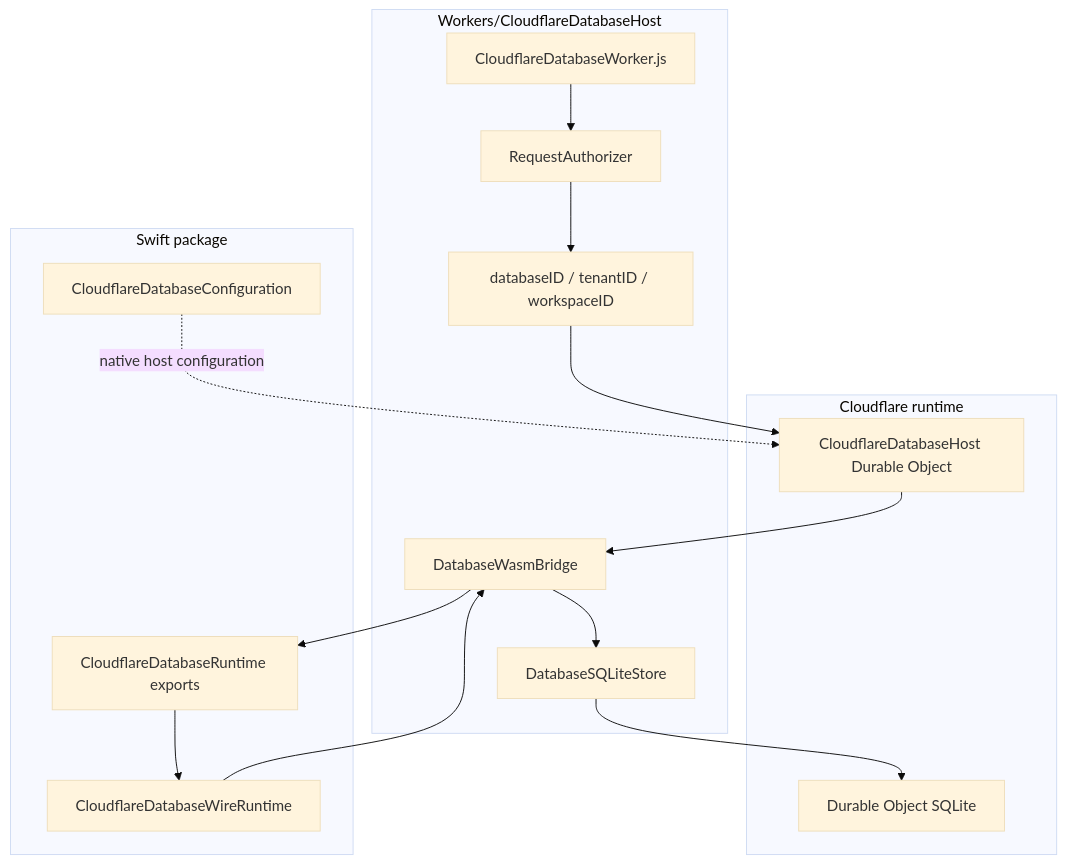
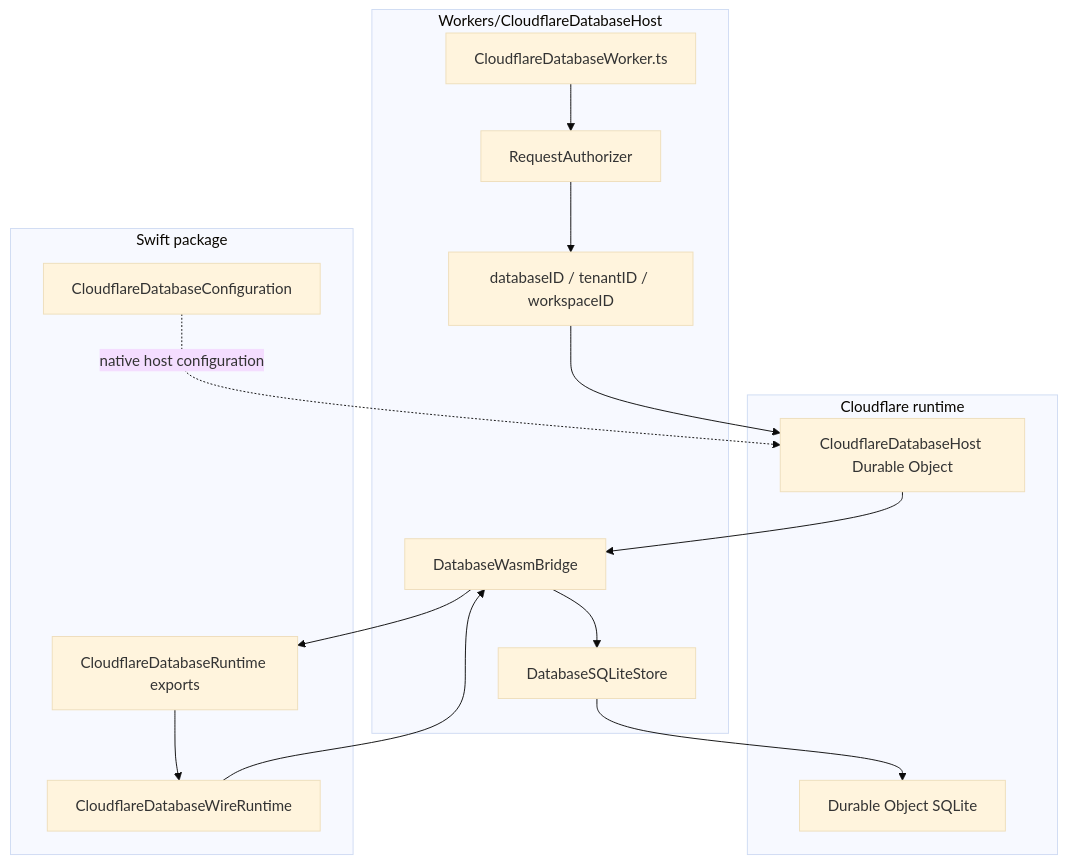
Before and after one commit to 1amageek/database-framework-cloudflare: the second of 4 diagrams in README.md, drawn with Mermaid (base theme). The commit also changed other lines of this file and 31 other files, not shown here.

Commit message:
Convert Cloudflare Worker host to TypeScript

````diff
--- a/README.md
+++ b/README.md
@@ -59,32 +59,32 @@
 ```mermaid
 flowchart TB
   subgraph Swift["Swift package"]
     Config["CloudflareDatabaseConfiguration"]
     Runtime["CloudflareDatabaseWireRuntime"]
     Exports["CloudflareDatabaseRuntime exports"]
   end
 
   subgraph Worker["Workers/CloudflareDatabaseHost"]
-    HTTP["CloudflareDatabaseWorker.js"]
+    HTTP["CloudflareDatabaseWorker.ts"]
     Auth["RequestAuthorizer"]
     Scope["databaseID / tenantID / workspaceID"]
     Bridge["DatabaseWasmBridge"]
     Store["DatabaseSQLiteStore"]
   end
 
   subgraph Cloudflare["Cloudflare runtime"]
     DurableObject["CloudflareDatabaseHost Durable Object"]
     SQLite["Durable Object SQLite"]
   end
 
   HTTP --> Auth
   Auth --> Scope
   Scope --> DurableObject
   DurableObject --> Bridge
   Bridge --> Exports
   Exports --> Runtime
   Runtime --> Bridge
   Bridge --> Store
   Store --> SQLite
   Config -. "native host configuration" .-> DurableObject
 ```
````
